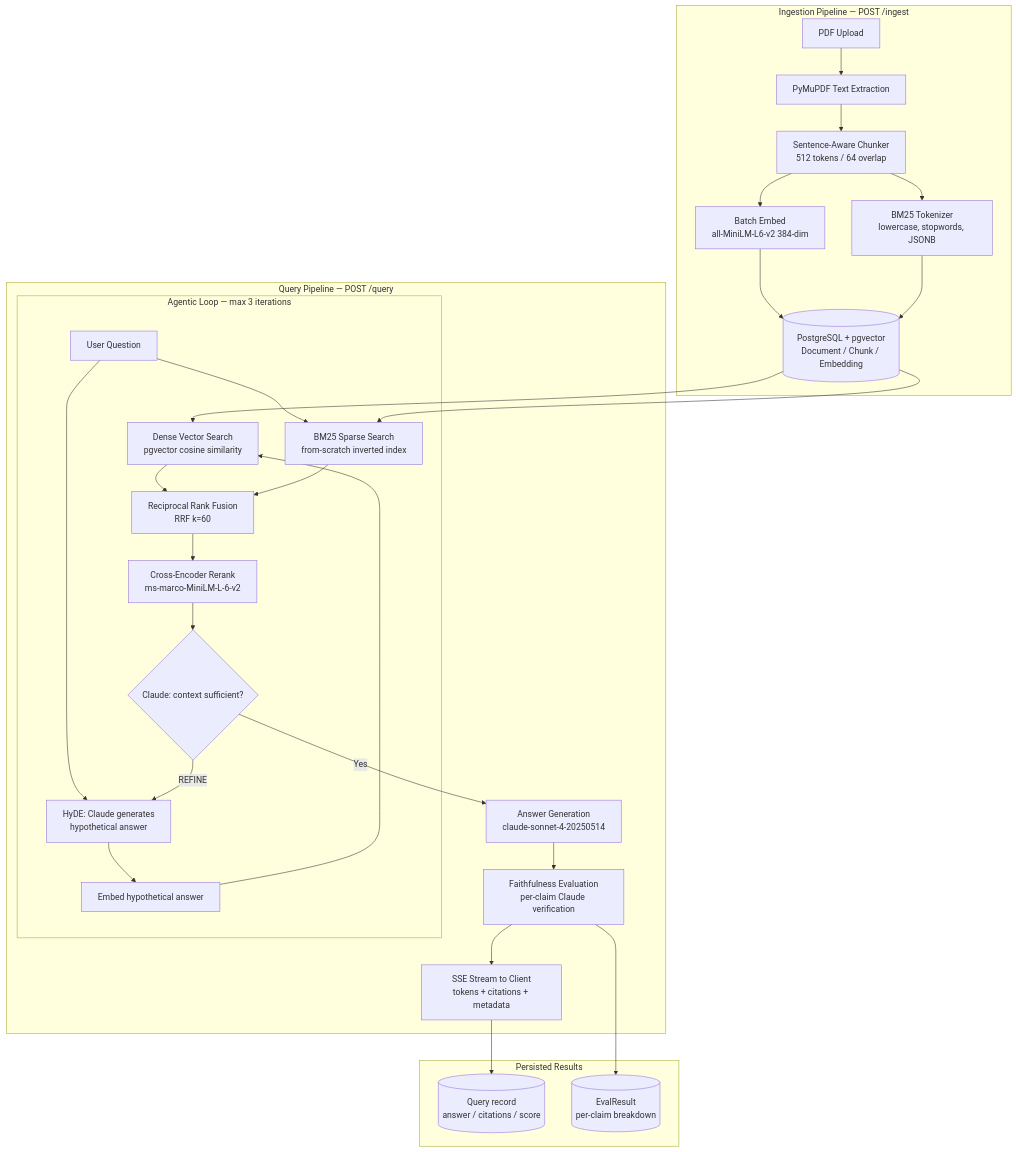
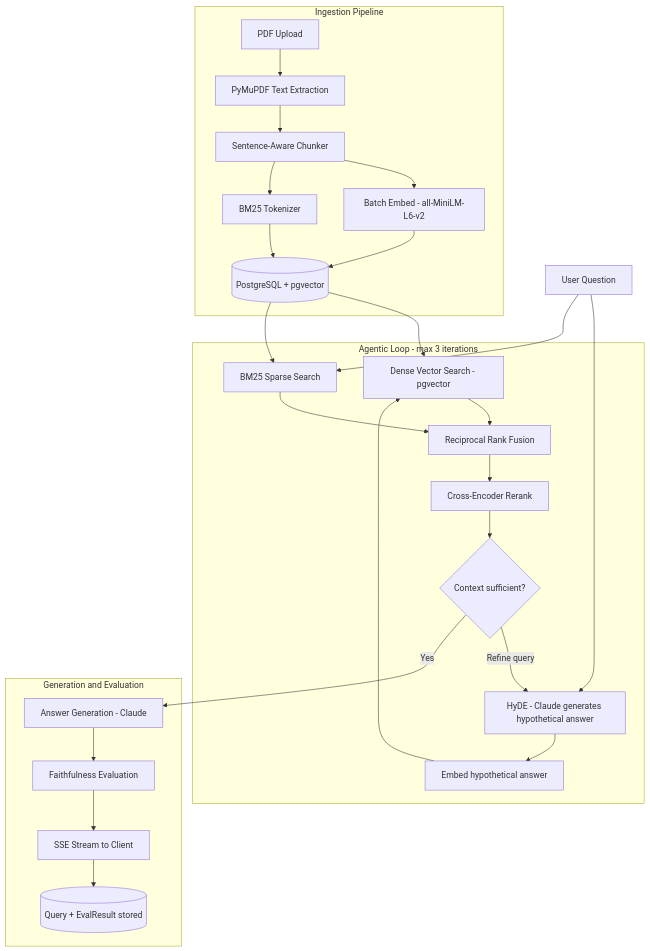
The diagram in README.md (duhawk/Scholarly_proj), drawn with Mermaid before and after one commit.

Commit message:
adjusted Readme.md pt.3

````diff
--- a/README.md
+++ b/README.md
@@ -255,38 +255,51 @@
 ```mermaid
 flowchart TD
-    subgraph Ingestion["Ingestion Pipeline — POST /ingest"]
-        A[PDF Upload] --> B[PyMuPDF Text Extraction]
-        B --> C[Sentence-Aware Chunker<br/>512 tokens / 64 overlap]
-        C --> D[Batch Embed<br/>all-MiniLM-L6-v2 384-dim]
-        C --> E[BM25 Tokenizer<br/>lowercase, stopwords, JSONB]
-        D --> F[(PostgreSQL + pgvector<br/>Document / Chunk / Embedding)]
-        E --> F
+    A[PDF Upload] --> B[PyMuPDF Text Extraction]
+    B --> C[Sentence-Aware Chunker]
+    C --> D[Batch Embed - all-MiniLM-L6-v2]
+    C --> E[BM25 Tokenizer]
+    D --> F[(PostgreSQL + pgvector)]
+    E --> F
+
+    G[User Question] --> H[HyDE - Claude generates hypothetical answer]
+    H --> I[Embed hypothetical answer]
+    I --> J[Dense Vector Search - pgvector]
+    G --> K[BM25 Sparse Search]
+    F --> J
+    F --> K
+    J --> L[Reciprocal Rank Fusion]
+    K --> L
+    L --> M[Cross-Encoder Rerank]
+    M --> N{Context sufficient?}
+    N -- Refine query --> H
+    N -- Yes --> O[Answer Generation - Claude]
+    O --> P[Faithfulness Evaluation]
+    P --> Q[SSE Stream to Client]
+    Q --> R[(Query + EvalResult stored)]
+
+    subgraph Ingestion["Ingestion Pipeline"]
+        A
+        B
+        C
+        D
+        E
+        F
     end
 
-    subgraph Query["Query Pipeline — POST /query"]
-        G[User Question] --> H[HyDE: Claude generates<br/>hypothetical answer]
-
-        subgraph AgLoop["Agentic Loop — max 3 iterations"]
-            H --> I[Embed hypothetical answer]
-            I --> J[Dense Vector Search<br/>pgvector cosine similarity]
-            G --> K[BM25 Sparse Search<br/>from-scratch inverted index]
-            J --> L[Reciprocal Rank Fusion<br/>RRF k=60]
-            K --> L
-            L --> M[Cross-Encoder Rerank<br/>ms-marco-MiniLM-L-6-v2]
-            M --> N{Claude: context sufficient?}
-            N -- REFINE --> H
-        end
-
-        N -- Yes --> O[Answer Generation<br/>claude-sonnet-4-20250514]
-        O --> P[Faithfulness Evaluation<br/>per-claim Claude verification]
-        P --> Q[SSE Stream to Client<br/>tokens + citations + metadata]
+    subgraph AgLoop["Agentic Loop - max 3 iterations"]
+        H
+        I
+        J
+        K
+        L
+        M
+        N
     end
 
-    F --> J
-    F --> K
-
-    subgraph Persistence["Persisted Results"]
-        Q --> R[(Query record<br/>answer / citations / score)]
-        P --> S[(EvalResult<br/>per-claim breakdown)]
+    subgraph Generation["Generation and Evaluation"]
+        O
+        P
+        Q
+        R
     end
 ```
````
